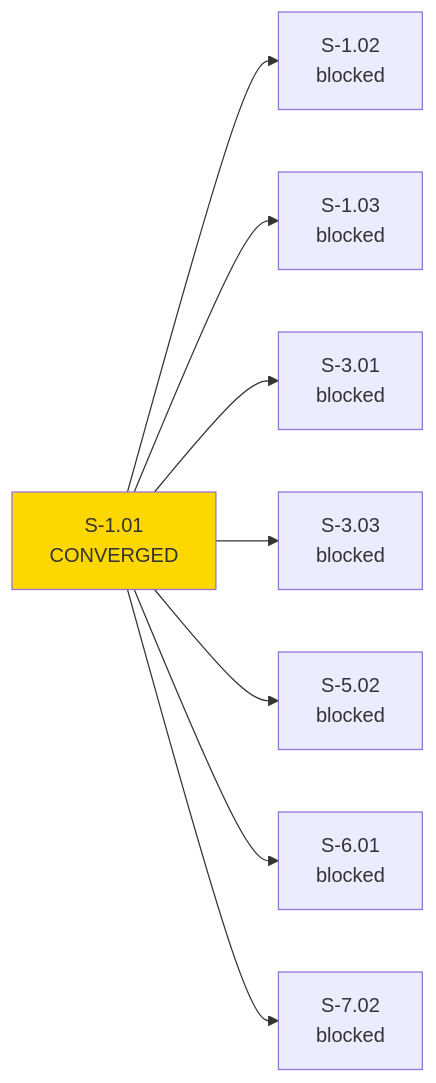
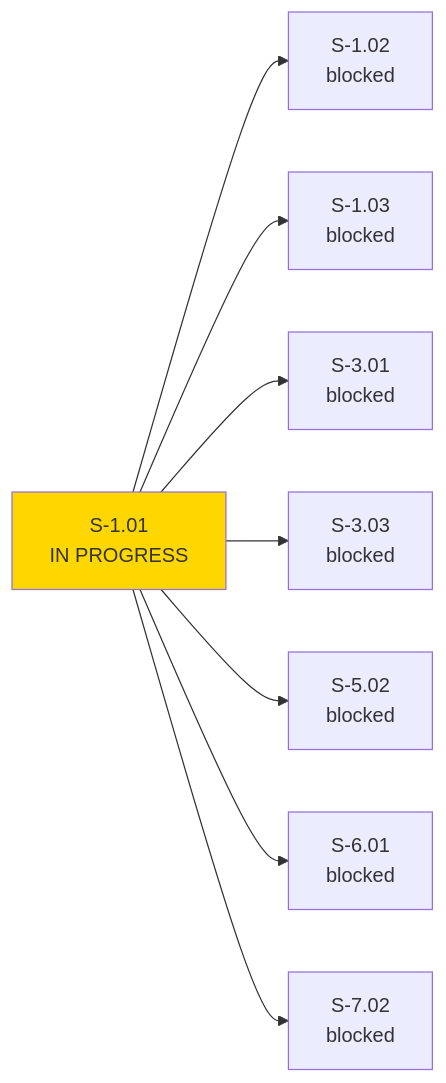
Before and after one commit to drbothen/mdlinkcheck-spark: the second of 3 diagrams in code-delivery/S-1.01/pr-description.md, drawn with Mermaid. The commit also changed other lines of this file, not shown here.

````diff
--- a/code-delivery/S-1.01/pr-description.md
+++ b/code-delivery/S-1.01/pr-description.md
@@ -68,11 +70,11 @@
 ```mermaid
 graph LR
-    S1[S-1.01<br/>CONVERGED] --> S2[S-1.02<br/>blocked]
+    S1[S-1.01<br/>IN PROGRESS] --> S2[S-1.02<br/>blocked]
     S1 --> S3[S-1.03<br/>blocked]
     S1 --> S4[S-3.01<br/>blocked]
     S1 --> S5[S-3.03<br/>blocked]
     S1 --> S6[S-5.02<br/>blocked]
     S1 --> S7[S-6.01<br/>blocked]
     S1 --> S8[S-7.02<br/>blocked]
     style S1 fill:#FFD700
 ```
````
